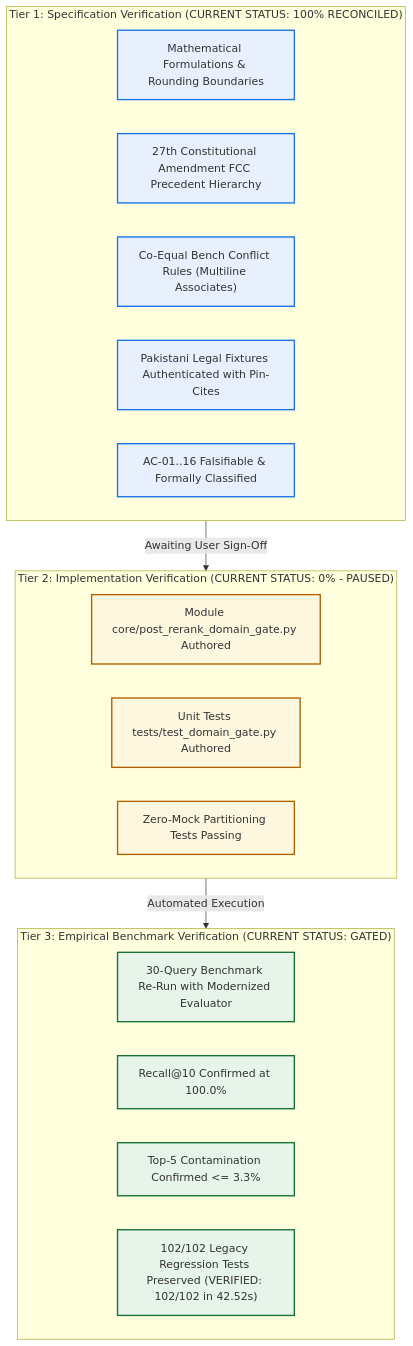
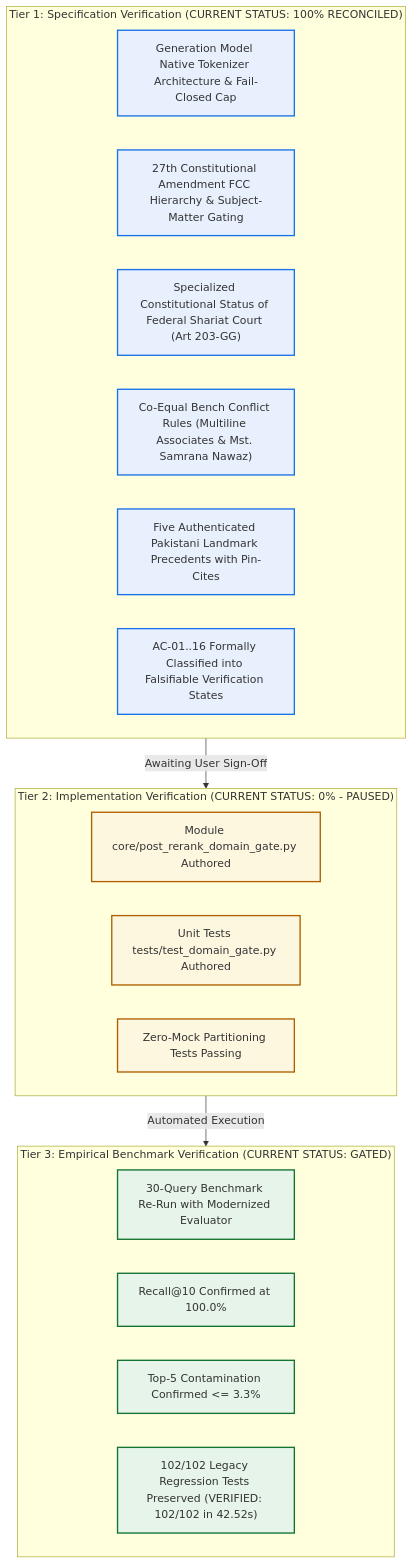
Before and after one commit to abdulkabeerkhan-dev/lawyer-Backend: the first of 2 diagrams in PHASE4_STEP5_FINAL_VERIFICATION_AUDIT.md, drawn with Mermaid. The commit also changed other lines of this file and 1 other file, not shown here.

Commit message:
docs(spec): reconcile v1.4.0 spec and v1.3.0 audit with native tokenizer, 27th Amendment FSC hierarchy, and primary precedents

````diff
--- a/PHASE4_STEP5_FINAL_VERIFICATION_AUDIT.md
+++ b/PHASE4_STEP5_FINAL_VERIFICATION_AUDIT.md
@@ -18,33 +18,34 @@
 ```mermaid
 flowchart TD
     subgraph T1["Tier 1: Specification Verification (CURRENT STATUS: 100% RECONCILED)"]
-        S1["Mathematical Formulations & Rounding Boundaries"]
-        S2["27th Constitutional Amendment FCC Precedent Hierarchy"]
-        S3["Co-Equal Bench Conflict Rules (Multiline Associates)"]
-        S4["Pakistani Legal Fixtures Authenticated with Pin-Cites"]
-        S5["AC-01..16 Falsifiable & Formally Classified"]
+        S1["Generation Model Native Tokenizer Architecture & Fail-Closed Cap"]
+        S2["27th Constitutional Amendment FCC Hierarchy & Subject-Matter Gating"]
+        S3["Specialized Constitutional Status of Federal Shariat Court (Art 203-GG)"]
+        S4["Co-Equal Bench Conflict Rules (Multiline Associates & Mst. Samrana Nawaz)"]
+        S5["Five Authenticated Pakistani Landmark Precedents with Pin-Cites"]
+        S6["AC-01..16 Formally Classified into Falsifiable Verification States"]
     end
 
     subgraph T2["Tier 2: Implementation Verification (CURRENT STATUS: 0% - PAUSED)"]
         I1["Module core/post_rerank_domain_gate.py Authored"]
         I2["Unit Tests tests/test_domain_gate.py Authored"]
         I3["Zero-Mock Partitioning Tests Passing"]
     end
 
     subgraph T3["Tier 3: Empirical Benchmark Verification (CURRENT STATUS: GATED)"]
         E1["30-Query Benchmark Re-Run with Modernized Evaluator"]
         E2["Recall@10 Confirmed at 100.0%"]
         E3["Top-5 Contamination Confirmed <= 3.3%"]
         E4["102/102 Legacy Regression Tests Preserved (VERIFIED: 102/102 in 42.52s)"]
     end
 
     T1 -->|Awaiting User Sign-Off| T2
     T2 -->|Automated Execution| T3
 
     classDef t1 fill:#e8f0fe,stroke:#1a73e8,stroke-width:2px;
     classDef t2 fill:#fef7e0,stroke:#b06000,stroke-width:2px;
     classDef t3 fill:#e6f4ea,stroke:#137333,stroke-width:2px;
-    class S1,S2,S3,S4,S5 t1;
+    class S1,S2,S3,S4,S5,S6 t1;
     class I1,I2,I3 t2;
     class E1,E2,E3,E4 t3;
 ```
````
